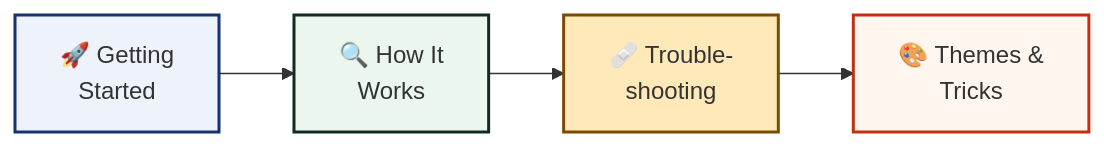
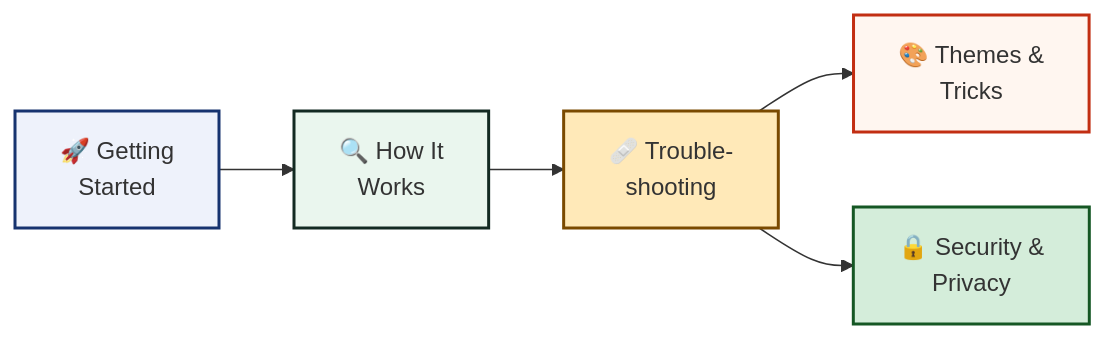
One commit to RUN-APPAREL/stitchcode changed the diagram in wiki/Home.md. Above: the diagram before and after it, drawn with Mermaid. The commit also changed other lines of this file and 24315 other files, not shown here.

````diff
--- a/wiki/Home.md
+++ b/wiki/Home.md
@@ -6,11 +6,13 @@
 ```mermaid
 flowchart LR
   A["🚀 Getting<br/>Started"] --> B["🔍 How It<br/>Works"]
   B --> C["🩹 Trouble-<br/>shooting"]
   C --> D["🎨 Themes &<br/>Tricks"]
+  C --> E["🔒 Security &<br/>Privacy"]
 
   style A fill:#eef2fb,stroke:#16336f,stroke-width:2px
   style B fill:#eaf6ee,stroke:#132a22,stroke-width:2px
   style C fill:#ffe9b8,stroke:#7a4a00,stroke-width:2px
   style D fill:#fff6f0,stroke:#c22e12,stroke-width:2px
+  style E fill:#d4edda,stroke:#155724,stroke-width:2px
 ```
````
